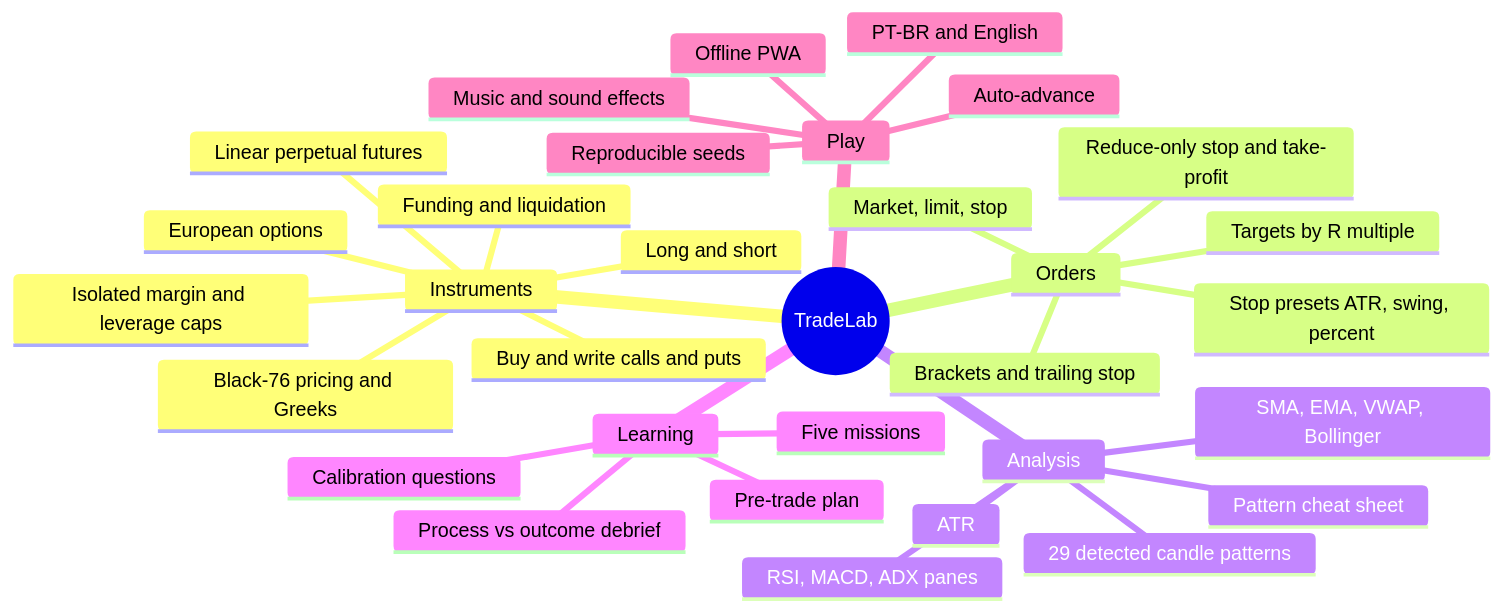
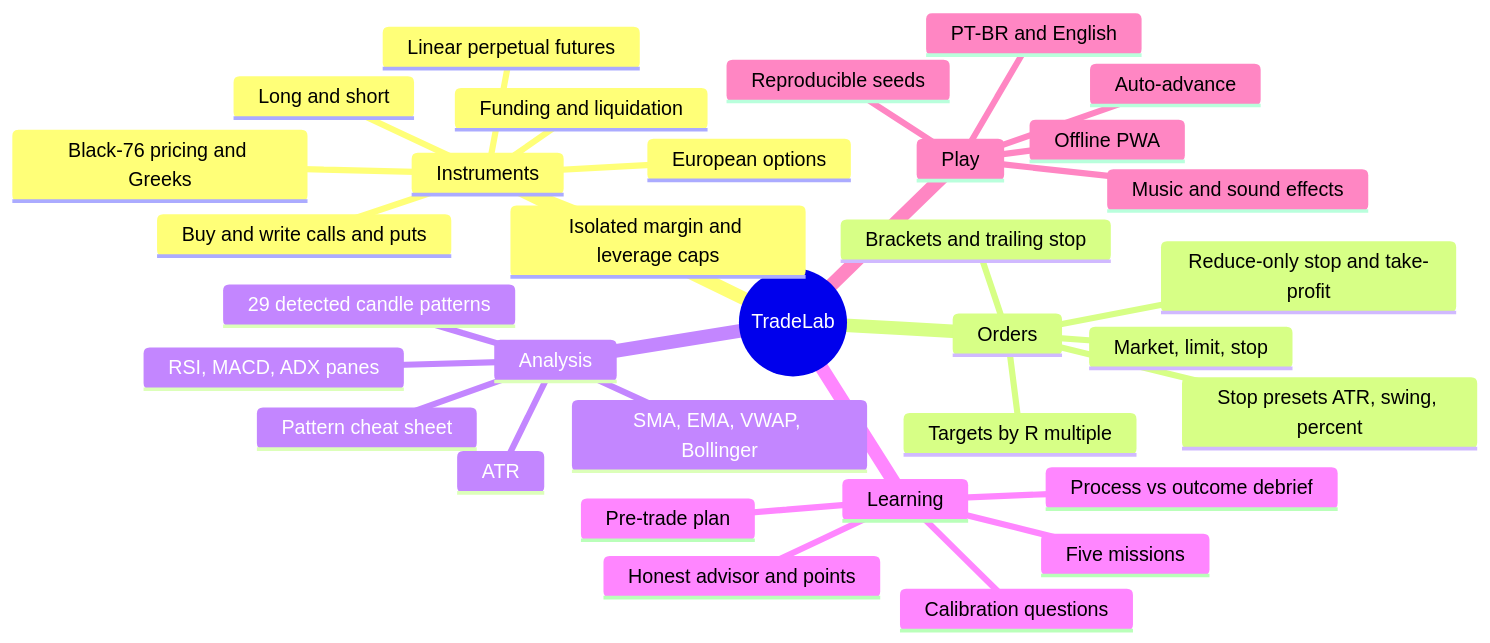
Before and after one commit to CyberdyneCorp/trading-game: the first of 7 diagrams in README.md, drawn with Mermaid. The commit also changed other lines of this file and 50 other files, not shown here.

````diff
--- a/README.md
+++ b/README.md
@@ -45,35 +45,36 @@
 ```mermaid
 mindmap
   root((TradeLab))
     Instruments
       Linear perpetual futures
       Long and short
       Isolated margin and leverage caps
       Funding and liquidation
       European options
       Buy and write calls and puts
       Black-76 pricing and Greeks
     Orders
       Market, limit, stop
       Reduce-only stop and take-profit
       Brackets and trailing stop
       Stop presets ATR, swing, percent
       Targets by R multiple
     Analysis
       SMA, EMA, VWAP, Bollinger
       RSI, MACD, ADX panes
       ATR
       29 detected candle patterns
       Pattern cheat sheet
     Learning
       Five missions
+      Honest advisor and points
       Pre-trade plan
       Calibration questions
       Process vs outcome debrief
     Play
       Auto-advance
       Music and sound effects
       Offline PWA
       PT-BR and English
       Reproducible seeds
 ```
````
